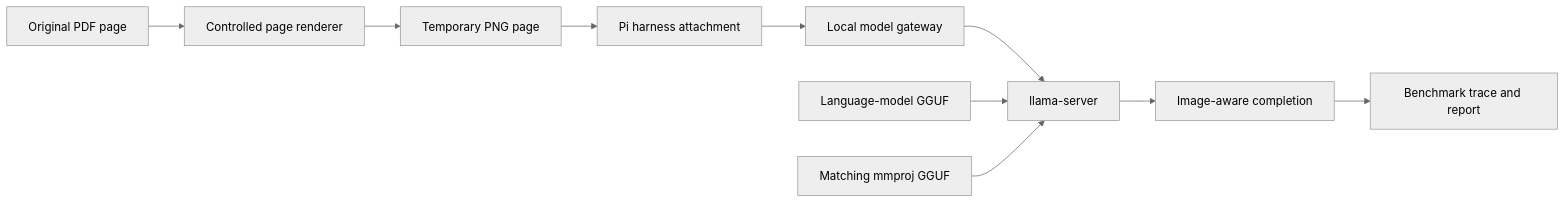
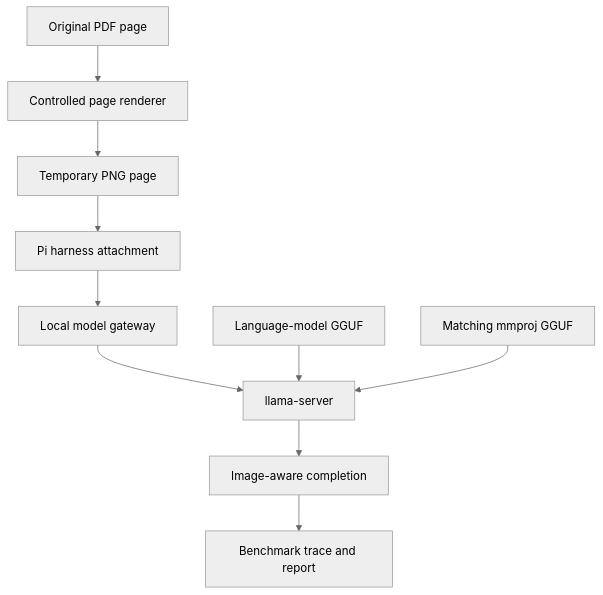
One commit to starodubtsevconsulting/ai-fleas changed the diagram in ai-commands/install/ai-local-provider/multimodal-serving.md. Above: the diagram before and after it, drawn with Mermaid (neutral theme).

Commit message:
docs: orient multimodal diagram vertically

````diff
--- a/ai-commands/install/ai-local-provider/multimodal-serving.md
+++ b/ai-commands/install/ai-local-provider/multimodal-serving.md
@@ -7,12 +7,12 @@
 ```mermaid
-flowchart LR
+flowchart TD
     PDF[Original PDF page] --> Render[Controlled page renderer]
     Render --> PNG[Temporary PNG page]
     PNG --> Pi[Pi harness attachment]
     Pi --> Gateway[Local model gateway]
     Gateway --> Server[llama-server]
     Model[Language-model GGUF] --> Server
     Projector[Matching mmproj GGUF] --> Server
     Server --> Vision[Image-aware completion]
     Vision --> Trace[Benchmark trace and report]
 ```
````
